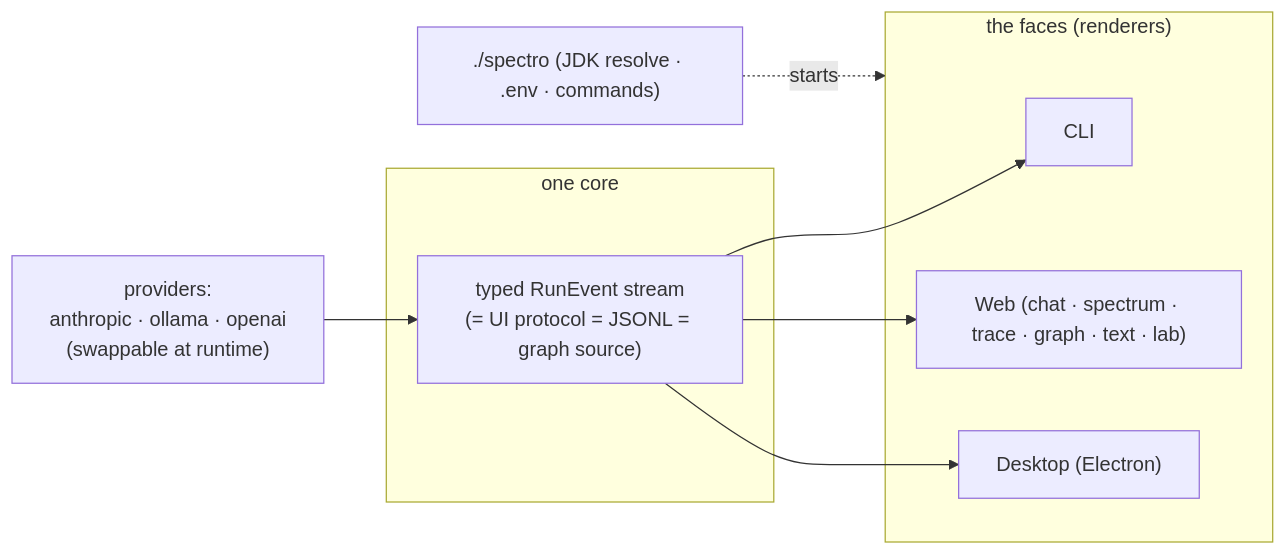
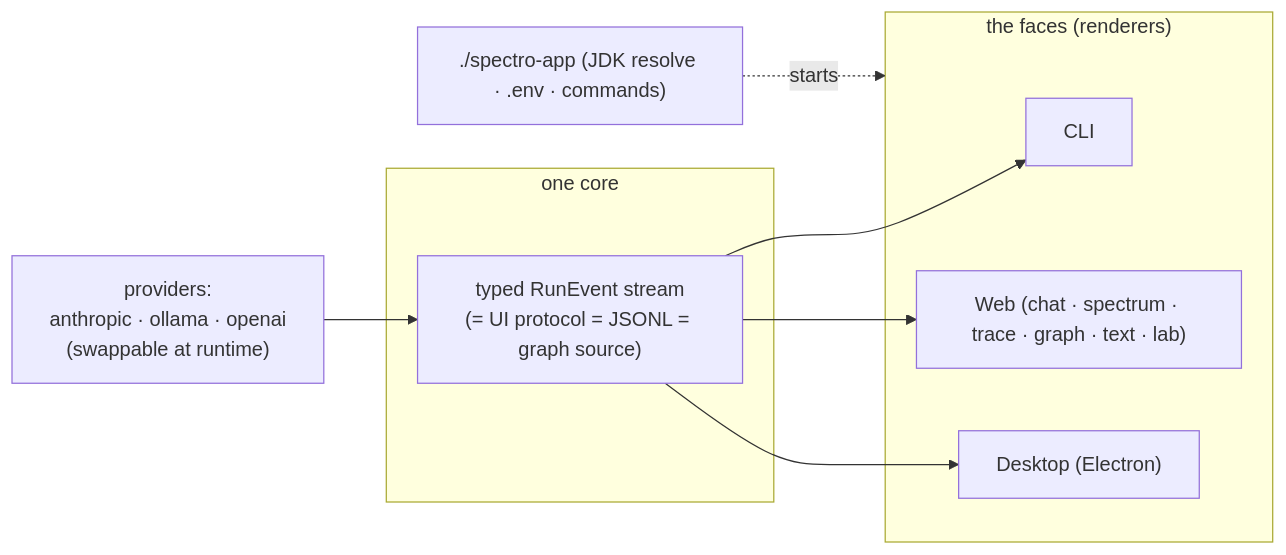
The diagram in docs/README.md (spectroscope/spectroscope), drawn with Mermaid before and after one commit. The commit also changed other lines of this file and 46 other files, not shown here.

````diff
--- a/docs/README.md
+++ b/docs/README.md
@@ -25,16 +25,16 @@
 ```mermaid
 flowchart LR
     subgraph one["one core"]
         stream["typed RunEvent stream<br/>(= UI protocol = JSONL = graph source)"]
     end
     subgraph faces["the faces (renderers)"]
         cli["CLI"]
         web["Web (chat · spectrum · trace · graph · text · lab)"]
         desktop["Desktop (Electron)"]
     end
     stream --> cli
     stream --> web
     stream --> desktop
     prov["providers:<br/>anthropic · ollama · openai<br/>(swappable at runtime)"] --> stream
-    launcher["./spectro (JDK resolve · .env · commands)"] -.starts.-> faces
+    launcher["./spectro-app (JDK resolve · .env · commands)"] -.starts.-> faces
 ```
````
